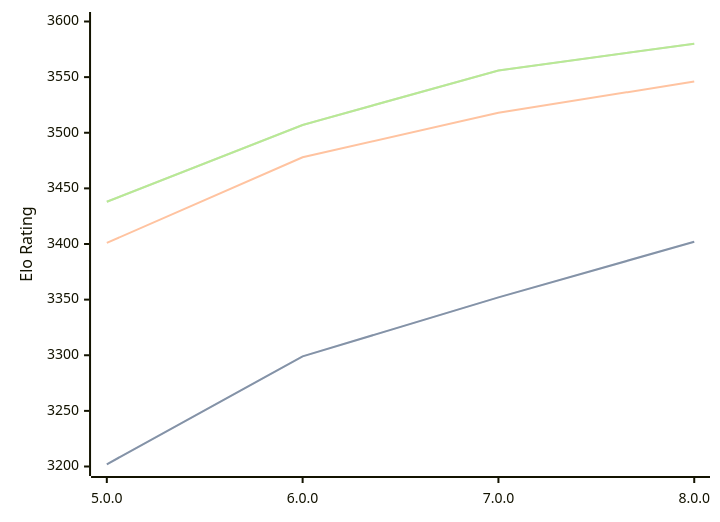
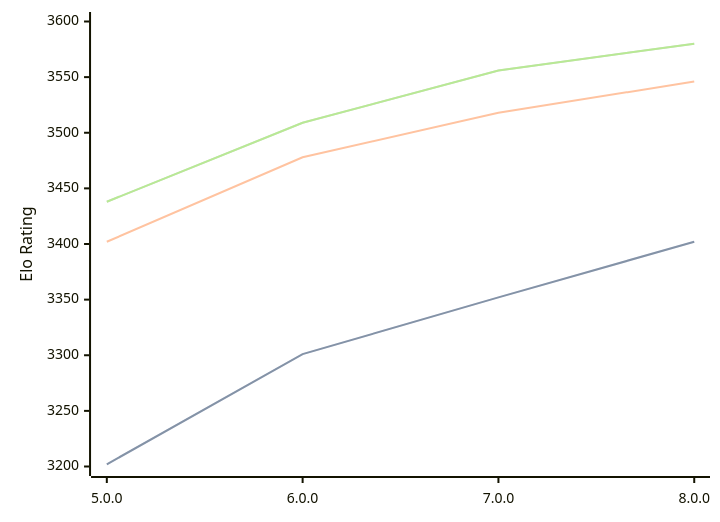
One commit to computer-chess-index/cci changed the diagram in engines/Stormphrax.md. Above: the diagram before and after it, drawn with Mermaid. The commit also changed other lines of this file, not shown here.

Commit message:
Update CCI Ratings (ELO VLTC) - 2026-09-05

````diff
--- a/engines/Stormphrax.md
+++ b/engines/Stormphrax.md
@@ -34,11 +34,11 @@
 ```mermaid
 %%{init: {"theme":"base","themeVariables":{"seriesColors:['#a3a3a3','#222221','#faa371']}}}%%
 xychart-beta
   x-axis ["5.0.0", "6.0.0", "7.0.0", "8.0.0"]
   y-axis "Elo Rating" 3200 --> 3600
-  line "" [3202, 3299, 3352, 3402]
-  line "STC (8.0+0.08s)" [3202, 3299, 3352, 3402]
-  line "LTC (60.0+0.60s)" [3401, 3478, 3518, 3546]
-  line "" [3438, 3507, 3556, 3580]
-  line "VLTC (2m24s+1.12s)" [3438, 3507, 3556, 3580]
+  line "" [3202, 3301, 3352, 3402]
+  line "STC (8.0+0.08s)" [3202, 3301, 3352, 3402]
+  line "LTC (60.0+0.60s)" [3402, 3478, 3518, 3546]
+  line "" [3438, 3509, 3556, 3580]
+  line "VLTC (2m24s+1.12s)" [3438, 3509, 3556, 3580]
 ```
````
